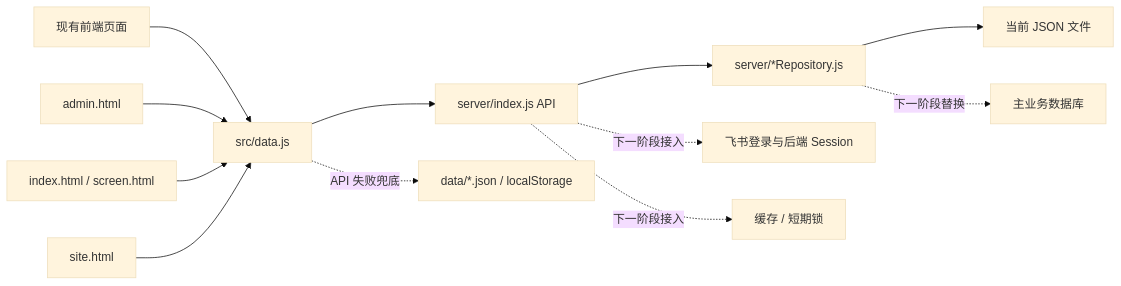
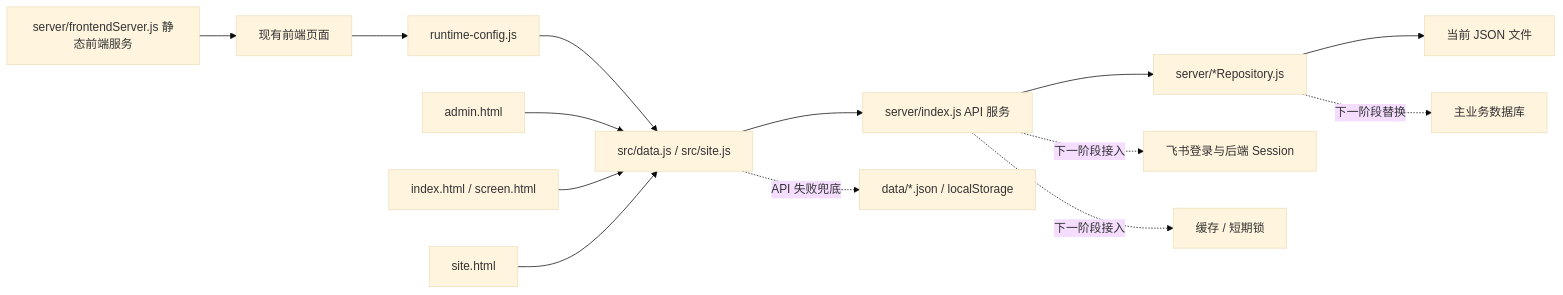
Before and after one commit to HellowJasper/ai-management-trainee-intro: the diagram in docs/管理后台与平台技术架构方案-v1.md, drawn with Mermaid (base theme). The commit also changed other lines of this file and 57 other files, not shown here.

````diff
--- a/docs/管理后台与平台技术架构方案-v1.md
+++ b/docs/管理后台与平台技术架构方案-v1.md
@@ -181,14 +247,16 @@
 ```mermaid
 flowchart LR
-  Browser["现有前端页面"] --> DataLayer["src/data.js"]
-  DataLayer --> API["server/index.js API"]
+  Browser["现有前端页面"] --> Runtime["runtime-config.js"]
+  Runtime --> DataLayer["src/data.js / src/site.js"]
+  Static["server/frontendServer.js 静态前端服务"] --> Browser
+  DataLayer --> API["server/index.js API 服务"]
   DataLayer -. API 失败兜底 .-> Local["data/*.json / localStorage"]
   API --> Repos["server/*Repository.js"]
   Repos --> JsonStore["当前 JSON 文件"]
   Repos -. 下一阶段替换 .-> DB["主业务数据库"]
   API -. 下一阶段接入 .-> Auth["飞书登录与后端 Session"]
   API -. 下一阶段接入 .-> Cache["缓存 / 短期锁"]
   Admin["admin.html"] --> DataLayer
   Bigscreen["index.html / screen.html"] --> DataLayer
   Mobile["site.html"] --> DataLayer
 ```
````
